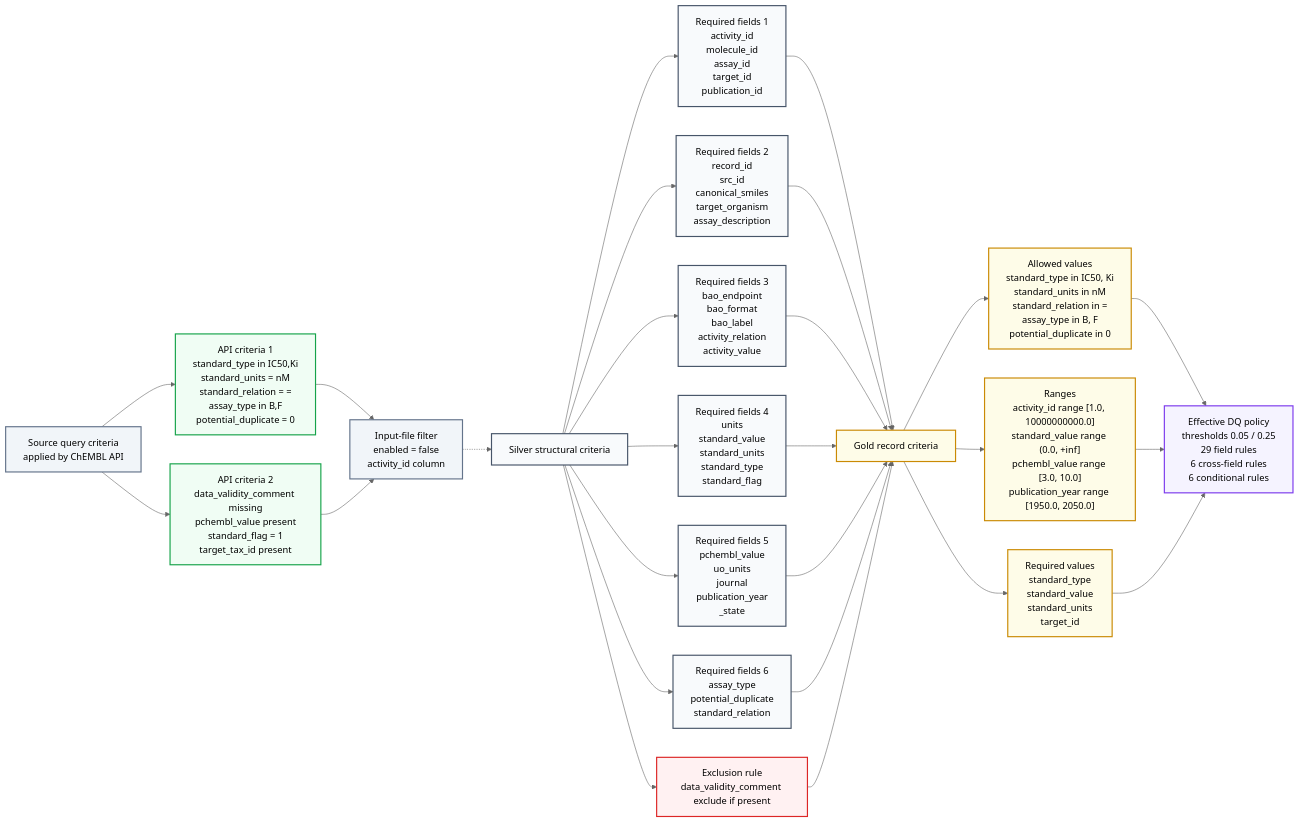
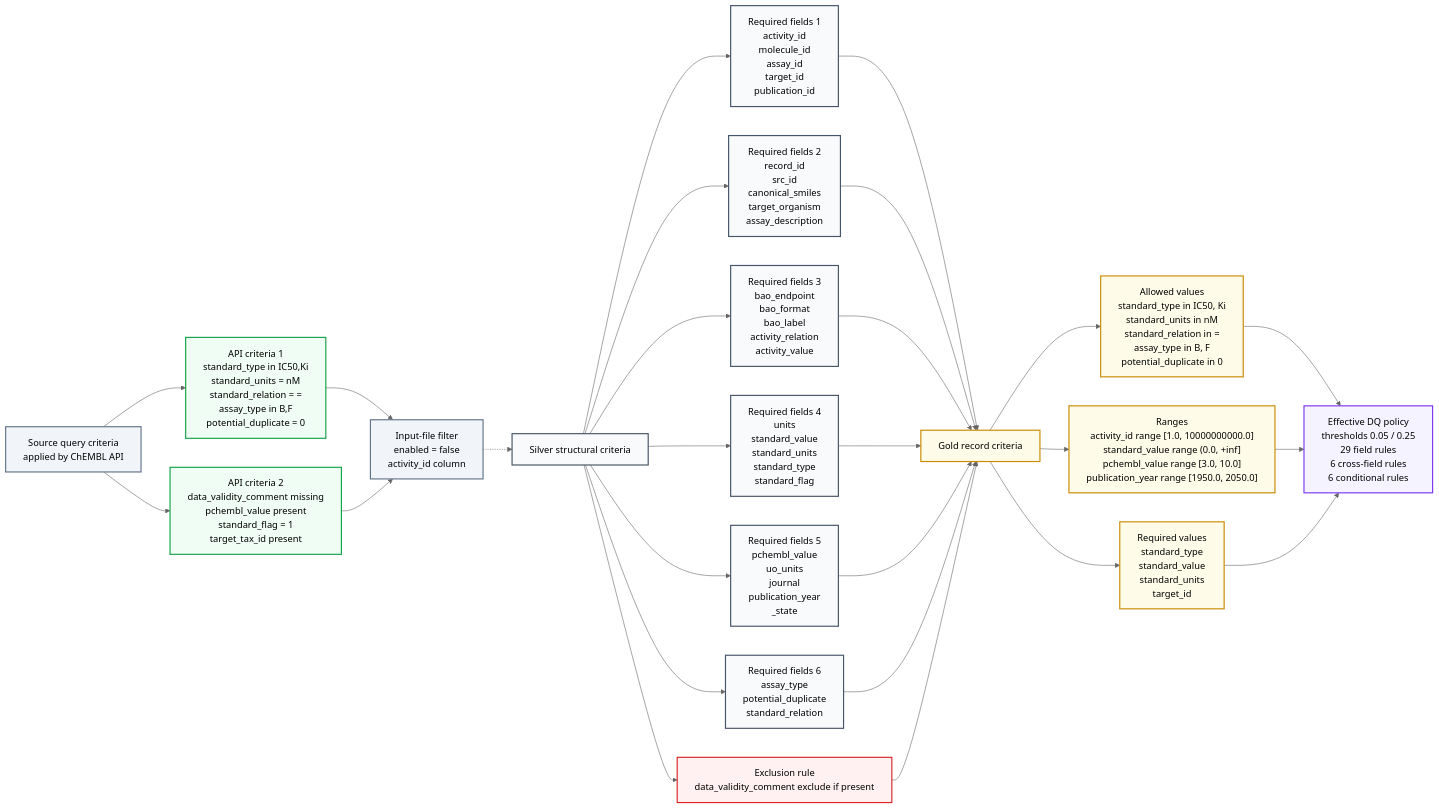
One commit to SatoryKono/BioactivityDataAcquisition changed the diagram in docs/02-architecture/diagrams/architecture/50-chembl-activity-filter-criteria.mmd. Above: the diagram before and after it, drawn with Mermaid. The commit also changed 8 other files, not shown here.

Commit message:
fix(diagrams): widen generated field cards

```diff
--- a/docs/02-architecture/diagrams/architecture/50-chembl-activity-filter-criteria.mmd
+++ b/docs/02-architecture/diagrams/architecture/50-chembl-activity-filter-criteria.mmd
@@ -1,56 +1,56 @@
 %% BioETL — ChEMBL Activity Query And Filtering Criteria
 %% Generated from the resolved chembl_activity configuration and contracts.
 
 %% @version 1.0.0
 %% @date    2026-07-18
 %% @type    flowchart
 %% @level   Pipeline / Rules
 %% @nodes   17
 %% @adr     ADR-002, ADR-040
-%%{init: {'theme': 'neutral', 'themeVariables': {'fontFamily': 'Inter, system-ui', 'lineWidth': '2'}}}%%
+%%{init: {'theme': 'neutral', 'themeVariables': {'fontFamily': 'Inter, system-ui', 'lineWidth': '2'}, 'flowchart': {'wrappingWidth': 360}}}%%
 flowchart LR
     Source["Source query criteria<br/>applied by ChEMBL API"]
     Extract1["API criteria 1<br/>standard_type in IC50,Ki<br/>standard_units = nM<br/>standard_relation = =<br/>assay_type in B,F<br/>potential_duplicate = 0"]
     Extract2["API criteria 2<br/>data_validity_comment missing<br/>pchembl_value present<br/>standard_flag = 1<br/>target_tax_id present"]
     Input["Input-file filter<br/>enabled = false<br/>activity_id column"]
     SilverStage["Silver structural criteria"]
     Silver1["Required fields 1<br/>activity_id<br/>molecule_id<br/>assay_id<br/>target_id<br/>publication_id"]
     Silver2["Required fields 2<br/>record_id<br/>src_id<br/>canonical_smiles<br/>target_organism<br/>assay_description"]
     Silver3["Required fields 3<br/>bao_endpoint<br/>bao_format<br/>bao_label<br/>activity_relation<br/>activity_value"]
     Silver4["Required fields 4<br/>units<br/>standard_value<br/>standard_units<br/>standard_type<br/>standard_flag"]
     Silver5["Required fields 5<br/>pchembl_value<br/>uo_units<br/>journal<br/>publication_year<br/>_state"]
     Silver6["Required fields 6<br/>assay_type<br/>potential_duplicate<br/>standard_relation"]
     SilverExclude["Exclusion rule<br/>data_validity_comment exclude if present"]
     GoldStage["Gold record criteria"]
     GoldColumns["Allowed values<br/>standard_type in IC50, Ki<br/>standard_units in nM<br/>standard_relation in =<br/>assay_type in B, F<br/>potential_duplicate in 0"]
     GoldRanges["Ranges<br/>activity_id range [1.0, 10000000000.0]<br/>standard_value range (0.0, +inf]<br/>pchembl_value range [3.0, 10.0]<br/>publication_year range [1950.0, 2050.0]"]
     GoldRequired["Required values<br/>standard_type<br/>standard_value<br/>standard_units<br/>target_id"]
     DQ["Effective DQ policy<br/>thresholds 0.05 / 0.25<br/>29 field rules<br/>6 cross-field rules<br/>6 conditional rules"]
 
     Source --> Extract1 --> Input
     Source --> Extract2 --> Input
     Input -.-> SilverStage
     SilverStage --> Silver1 --> GoldStage
     SilverStage --> Silver2 --> GoldStage
     SilverStage --> Silver3 --> GoldStage
     SilverStage --> Silver4 --> GoldStage
     SilverStage --> Silver5 --> GoldStage
     SilverStage --> Silver6 --> GoldStage
     SilverStage --> SilverExclude --> GoldStage
     GoldStage --> GoldColumns --> DQ
     GoldStage --> GoldRanges --> DQ
     GoldStage --> GoldRequired --> DQ
 
     class Source,Input source
     class Extract1,Extract2 process
     class SilverStage,Silver1,Silver2,Silver3,Silver4,Silver5,Silver6 silver
     class SilverExclude warning
     class GoldStage,GoldColumns,GoldRanges,GoldRequired gold
     class DQ dq
     classDef source fill:#f1f5f9,stroke:#64748b,stroke-width:2px
     classDef process fill:#f0fdf4,stroke:#16a34a,stroke-width:2px
     classDef bronze fill:#fff7ed,stroke:#f59e0b,stroke-width:2px
     classDef silver fill:#f8fafc,stroke:#475569,stroke-width:2px
     classDef gold fill:#fefce8,stroke:#ca8a04,stroke-width:2px
     classDef dq fill:#f5f3ff,stroke:#7c3aed,stroke-width:2px
     classDef warning fill:#fff1f2,stroke:#dc2626,stroke-width:2px
```
